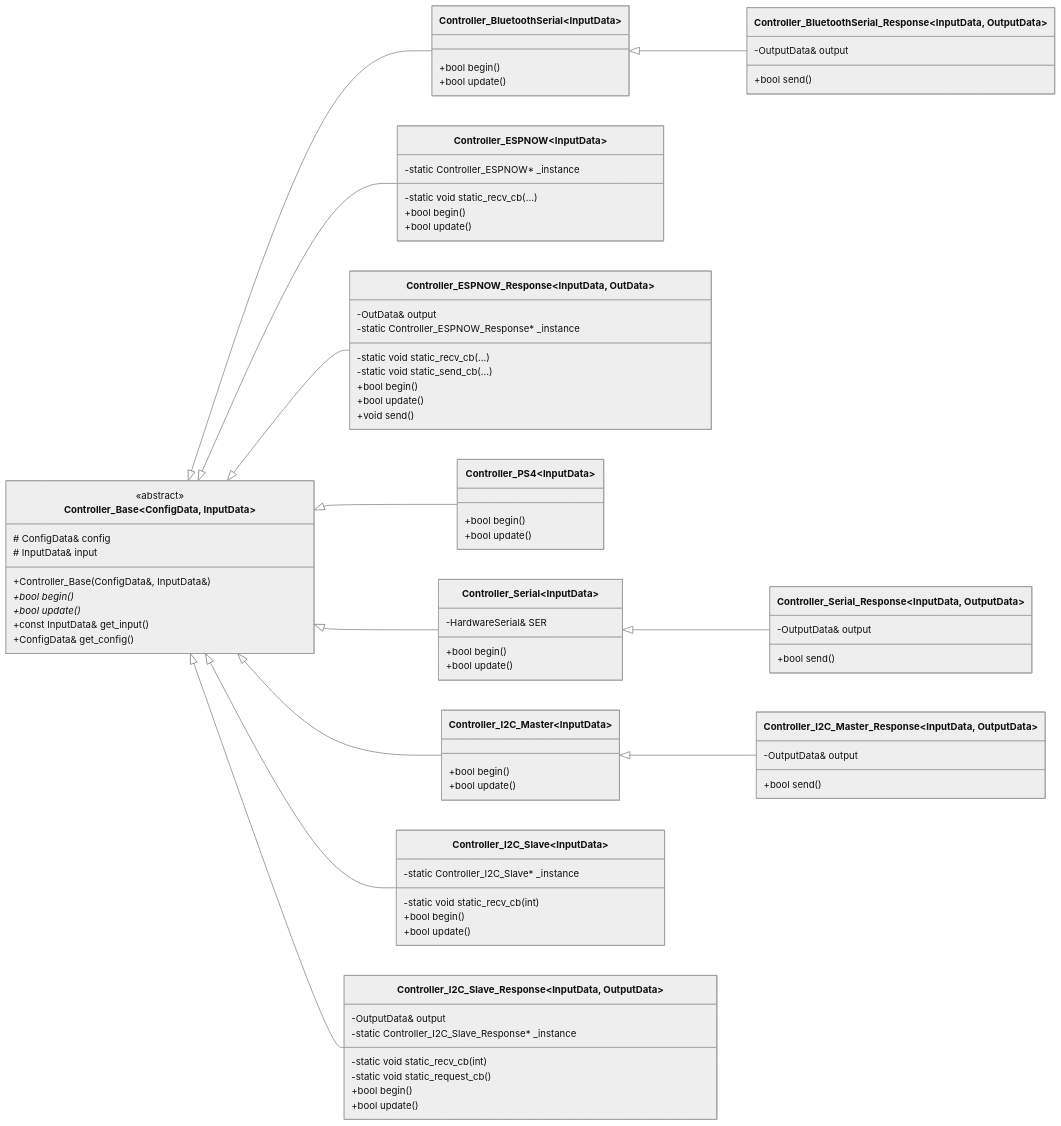
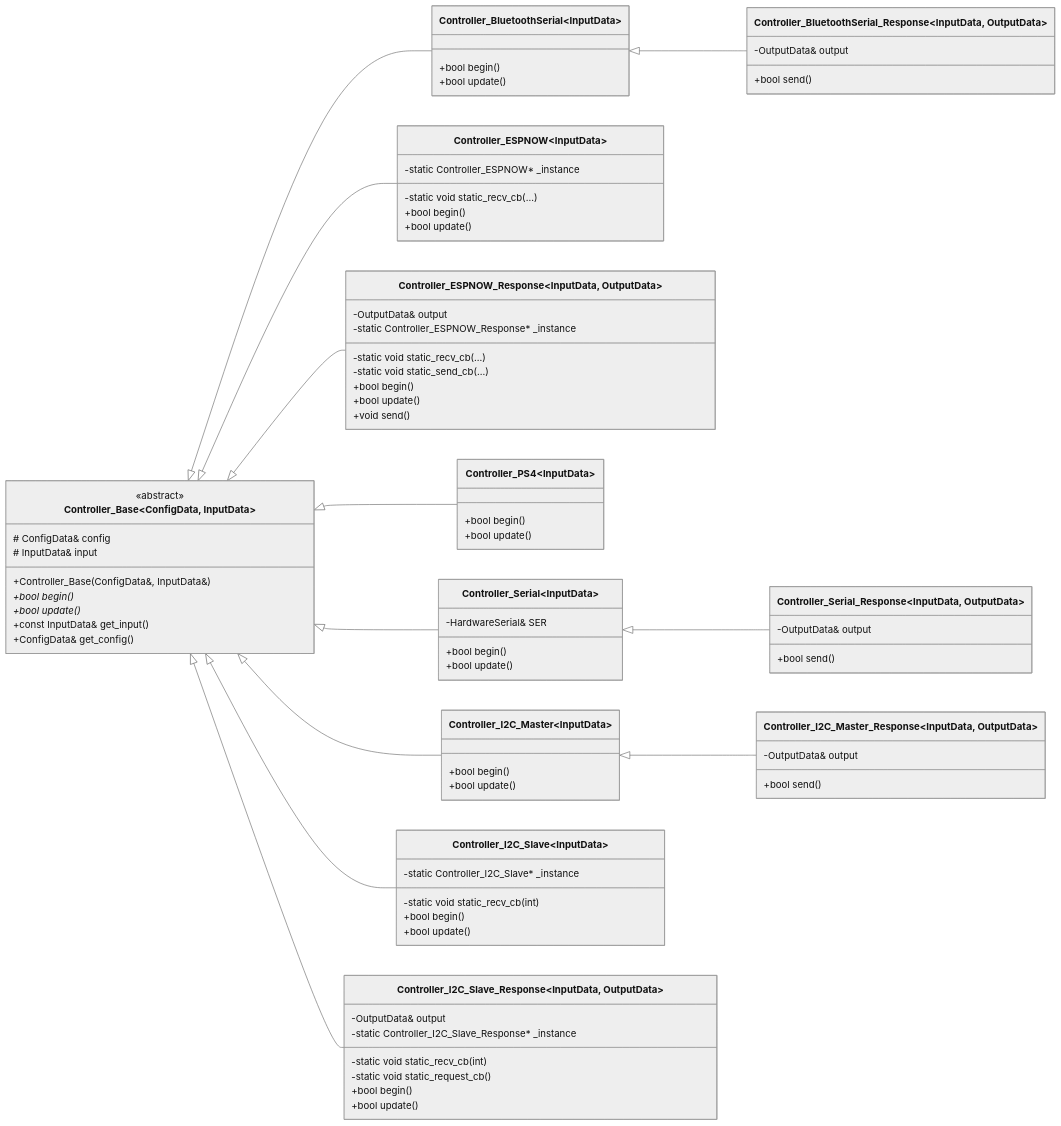
Before and after one commit to Tomoooji/esp32-controller: the second of 2 diagrams in README.md, drawn with Mermaid (neutral theme).

```diff
--- a/README.md
+++ b/README.md
@@ -143,8 +143,8 @@
         +bool update()
     }
 
-    class Controller_ESPNOW_Response~InputData, OutData~ {
-        -OutData& output
+    class Controller_ESPNOW_Response~InputData, OutputData~ {
+        -OutputData& output
         -static Controller_ESPNOW_Response* _instance
         -static void static_recv_cb(...)
         -static void static_send_cb(...)
```
